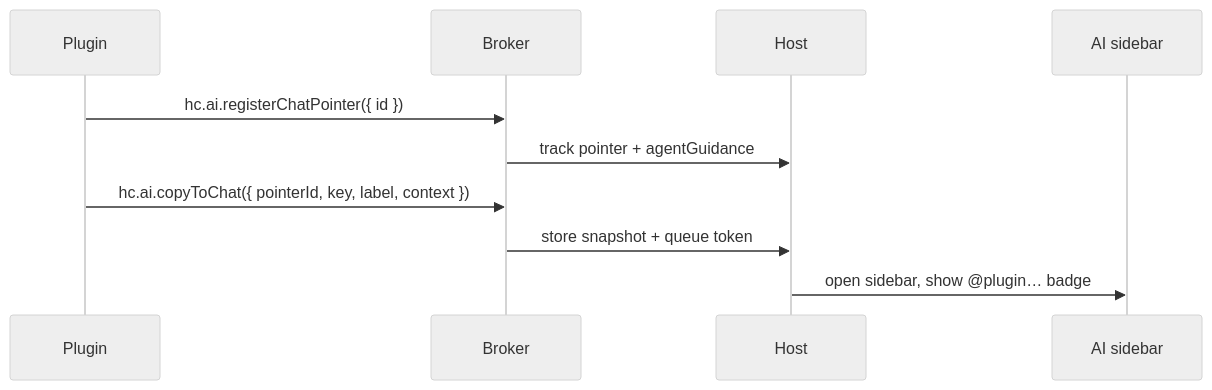
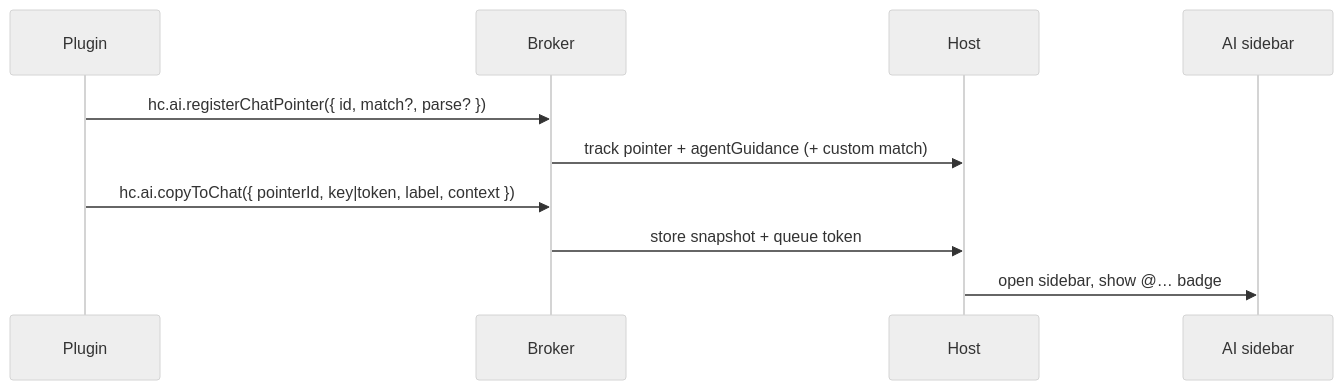
The diagram in packages/sdk/docs/examples/chat-pointers.md (harborclient/harborclient), drawn with Mermaid (neutral theme) before and after one commit. The commit also changed other lines of this file and 27 other files, not shown here.

First line of the commit message:
feat(chat-pointers): implement custom match and parse functionality for plugin chat pointers

````diff
--- a/packages/sdk/docs/examples/chat-pointers.md
+++ b/packages/sdk/docs/examples/chat-pointers.md
@@ -5,12 +5,12 @@
 ```mermaid
 sequenceDiagram
   participant Plugin
   participant Broker
   participant Host
   participant Chat as AI sidebar
-  Plugin->>Broker: hc.ai.registerChatPointer({ id })
-  Broker->>Host: track pointer + agentGuidance
-  Plugin->>Broker: hc.ai.copyToChat({ pointerId, key, label, context })
+  Plugin->>Broker: hc.ai.registerChatPointer({ id, match?, parse? })
+  Broker->>Host: track pointer + agentGuidance (+ custom match)
+  Plugin->>Broker: hc.ai.copyToChat({ pointerId, key|token, label, context })
   Broker->>Host: store snapshot + queue token
-  Host->>Chat: open sidebar, show @plugin… badge
+  Host->>Chat: open sidebar, show @… badge
 ```
````
